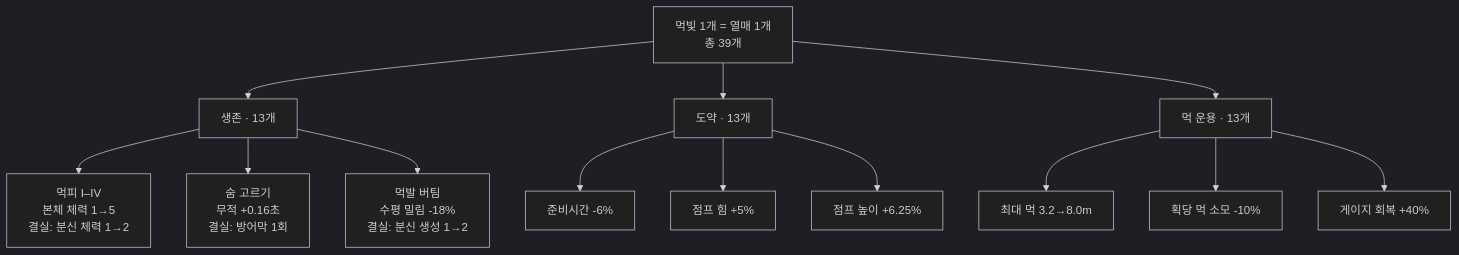
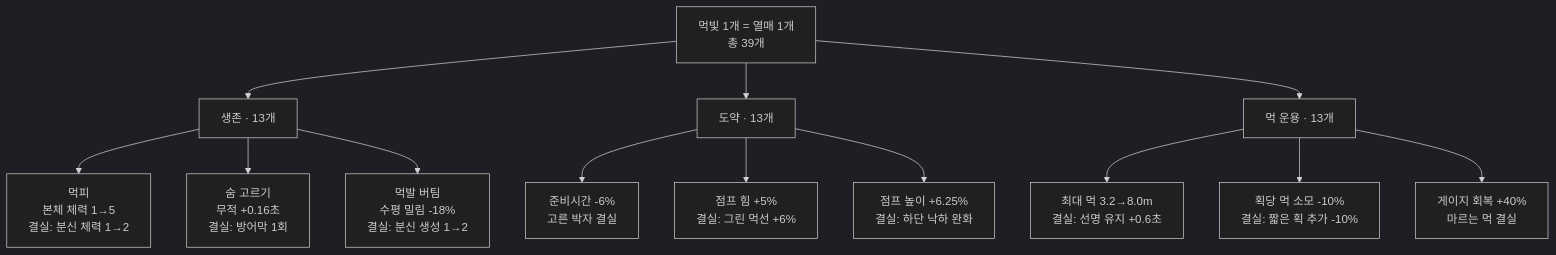
The first of 2 diagrams in README.md (Team-Swooord/muk-jump), drawn with Mermaid (dark theme) before and after one commit. The commit also changed other lines of this file and 16 other files, not shown here.

````diff
--- a/README.md
+++ b/README.md
@@ -117,19 +117,19 @@
 ```mermaid
 flowchart TB
     M["먹빛 1개 = 열매 1개<br/>총 39개"]
 
     M --> S["생존 · 13개"]
-    S --> SA["먹피 I–IV<br/>본체 체력 1→5<br/>결실: 분신 체력 1→2"]
+    S --> SA["먹피<br/>본체 체력 1→5<br/>결실: 분신 체력 1→2"]
     S --> SB["숨 고르기<br/>무적 +0.16초<br/>결실: 방어막 1회"]
     S --> SC["먹발 버팀<br/>수평 밀림 -18%<br/>결실: 분신 생성 1→2"]
 
     M --> J["도약 · 13개"]
-    J --> JA["준비시간 -6%"]
-    J --> JB["점프 힘 +5%"]
-    J --> JC["점프 높이 +6.25%"]
+    J --> JA["준비시간 -6%<br/>고른 박자 결실"]
+    J --> JB["점프 힘 +5%<br/>결실: 그린 먹선 +6%"]
+    J --> JC["점프 높이 +6.25%<br/>결실: 하단 낙하 완화"]
 
     M --> I["먹 운용 · 13개"]
-    I --> IA["최대 먹 3.2→8.0m"]
-    I --> IB["획당 먹 소모 -10%"]
-    I --> IC["게이지 회복 +40%"]
+    I --> IA["최대 먹 3.2→8.0m<br/>결실: 선명 유지 +0.6초"]
+    I --> IB["획당 먹 소모 -10%<br/>결실: 짧은 획 추가 -10%"]
+    I --> IC["게이지 회복 +40%<br/>마르는 먹 결실"]
 ```
````
